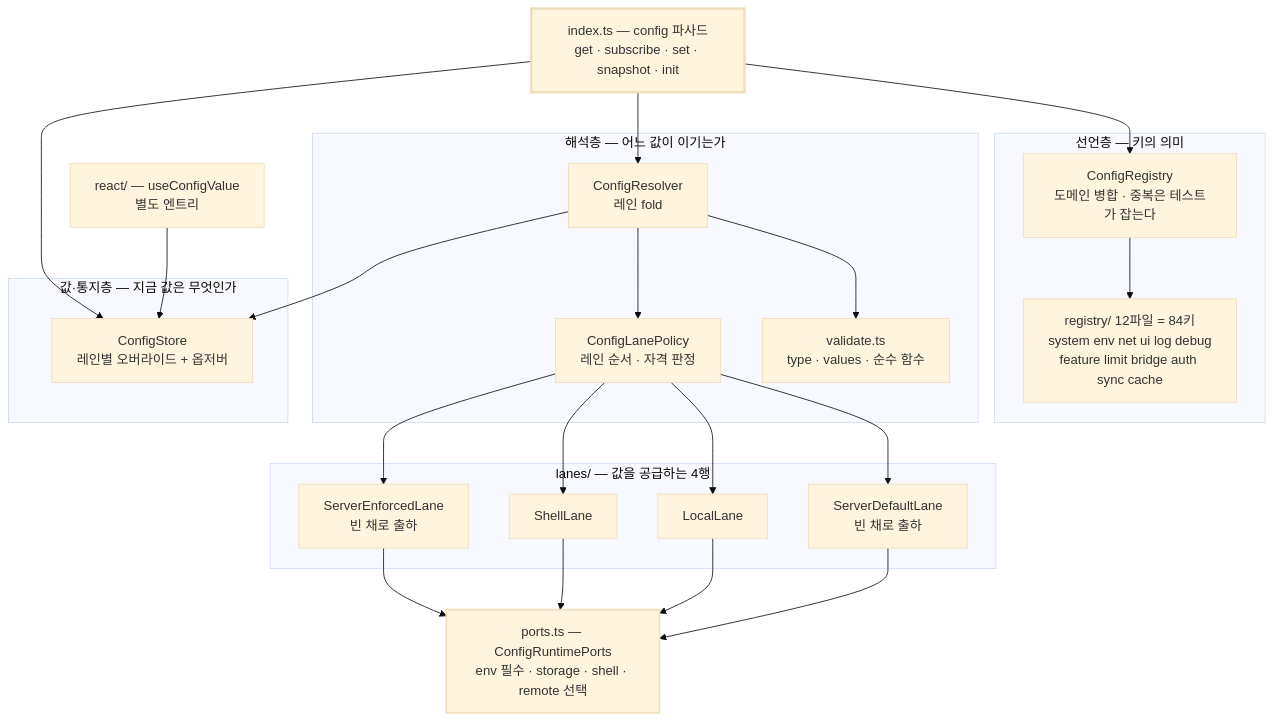
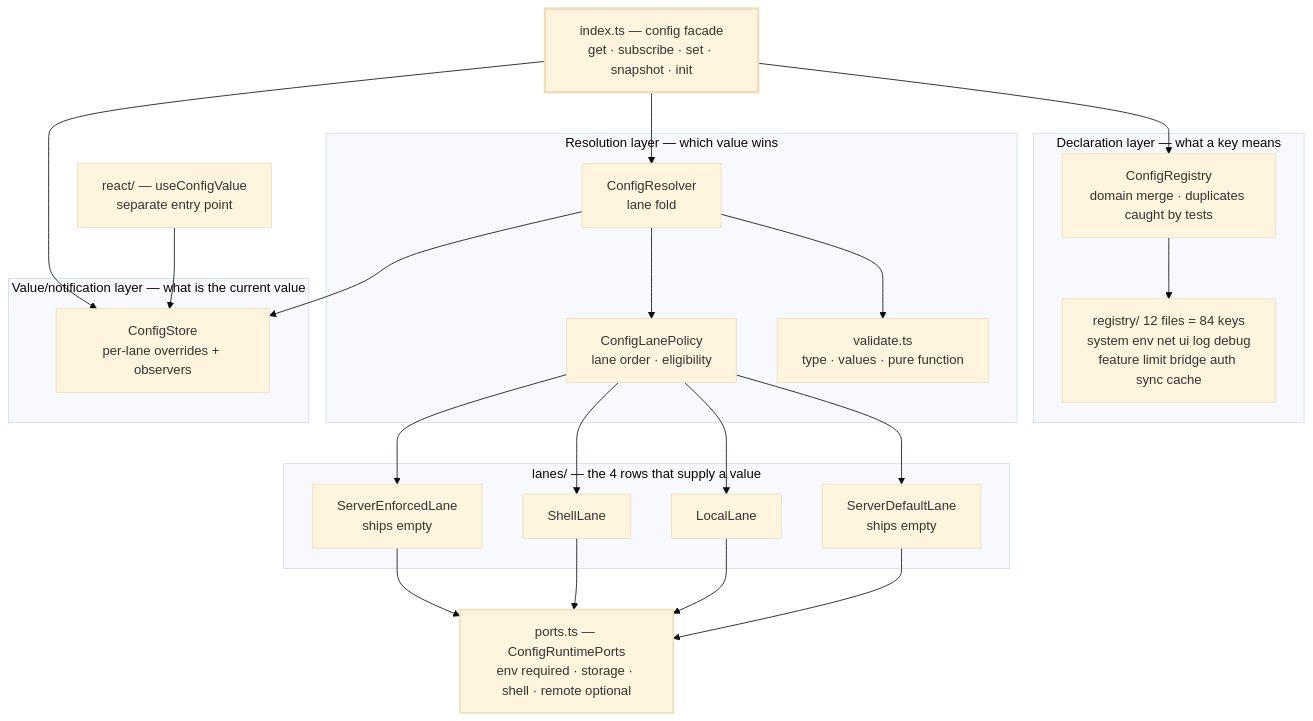
One commit to lemoncloud-io/dou-app changed the fourth of 4 diagrams in docs/adr/0079-config-registry-and-lane-resolver.md. Above: the diagram before and after it, drawn with Mermaid (base theme). The commit also changed other lines of this file and 62 other files, not shown here.

````diff
--- a/docs/adr/0079-config-registry-and-lane-resolver.md
+++ b/docs/adr/0079-config-registry-and-lane-resolver.md
@@ -869,39 +960,39 @@
 ```mermaid
 graph TB
-    FACADE["index.ts — config 파사드<br/>get · subscribe · set · snapshot · init"]
+    FACADE["index.ts — config facade<br/>get · subscribe · set · snapshot · init"]
 
-    subgraph decl["선언층 — 키의 의미"]
-        REG["ConfigRegistry<br/>도메인 병합 · 중복은 테스트가 잡는다"]
-        DOM["registry/ 12파일 = 84키<br/>system env net ui log debug<br/>feature limit bridge auth sync cache"]
+    subgraph decl["Declaration layer — what a key means"]
+        REG["ConfigRegistry<br/>domain merge · duplicates caught by tests"]
+        DOM["registry/ 12 files = 84 keys<br/>system env net ui log debug<br/>feature limit bridge auth sync cache"]
     end
 
-    subgraph resl["해석층 — 어느 값이 이기는가"]
-        POL["ConfigLanePolicy<br/>레인 순서 · 자격 판정"]
-        RSV["ConfigResolver<br/>레인 fold"]
-        VAL["validate.ts<br/>type · values · 순수 함수"]
+    subgraph resl["Resolution layer — which value wins"]
+        POL["ConfigLanePolicy<br/>lane order · eligibility"]
+        RSV["ConfigResolver<br/>lane fold"]
+        VAL["validate.ts<br/>type · values · pure function"]
     end
 
-    subgraph store["값·통지층 — 지금 값은 무엇인가"]
-        ST["ConfigStore<br/>레인별 오버라이드 + 옵저버"]
+    subgraph store["Value/notification layer — what is the current value"]
+        ST["ConfigStore<br/>per-lane overrides + observers"]
     end
 
-    subgraph lanes["lanes/ — 값을 공급하는 4행"]
-        L1["ServerEnforcedLane<br/>빈 채로 출하"]
+    subgraph lanes["lanes/ — the 4 rows that supply a value"]
+        L1["ServerEnforcedLane<br/>ships empty"]
         L2["ShellLane"]
         L3["LocalLane"]
-        L4["ServerDefaultLane<br/>빈 채로 출하"]
+        L4["ServerDefaultLane<br/>ships empty"]
     end
 
-    PORTS["ports.ts — ConfigRuntimePorts<br/>env 필수 · storage · shell · remote 선택"]
-    RCT["react/ — useConfigValue<br/>별도 엔트리"]
+    PORTS["ports.ts — ConfigRuntimePorts<br/>env required · storage · shell · remote optional"]
+    RCT["react/ — useConfigValue<br/>separate entry point"]
 
     FACADE --> REG & RSV & ST
     REG --> DOM
     RSV --> POL & VAL & ST
     POL --> L1 & L2 & L3 & L4
     L1 & L2 & L3 & L4 --> PORTS
     RCT --> ST
 
     style FACADE stroke-width:3px
     style PORTS stroke-width:2px
 ```
````
